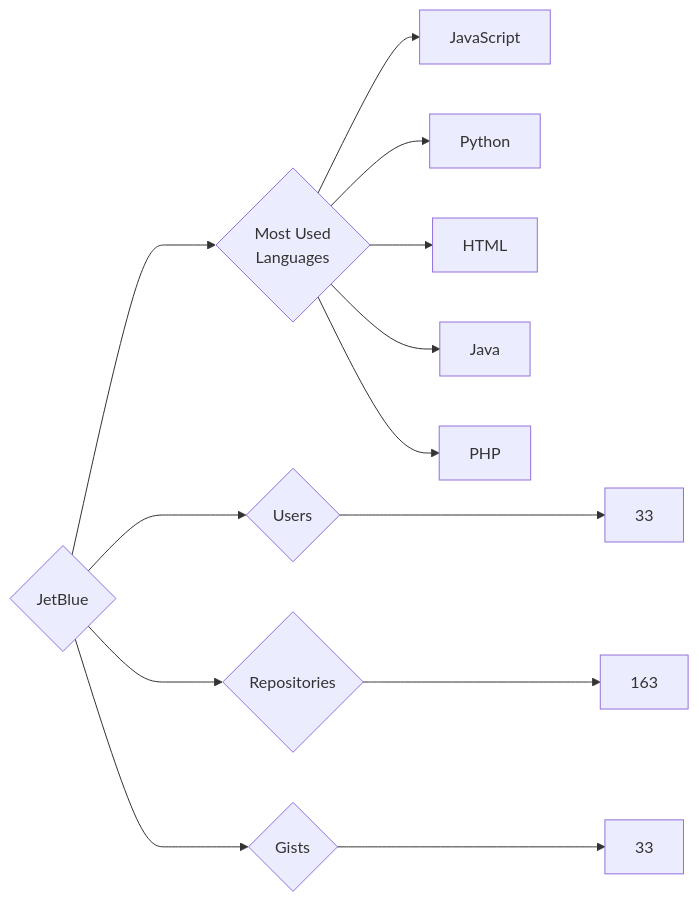
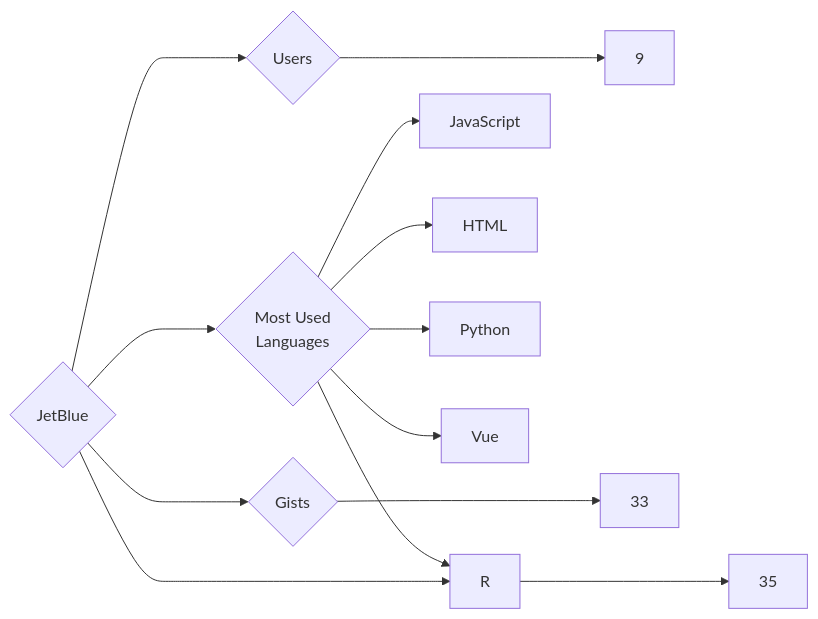
One commit to trickest/insiders changed the diagram in targets/JetBlue/README.md. Above: the diagram before and after it, drawn with Mermaid. The commit also changed 745 other files, not shown here.

````diff
--- a/targets/JetBlue/README.md
+++ b/targets/JetBlue/README.md
@@ -3,13 +3,13 @@
 ```mermaid
 graph LR
 COMPANY_NAME{JetBlue}
-COMPANY_NAME ---> U{Users} ---> UN[33]
-COMPANY_NAME ---> R{Repositories} ---> RN[163]
+COMPANY_NAME ---> U{Users} ---> UN[9]
+COMPANY_NAME ---> R{Repositories} ---> RN[35]
 COMPANY_NAME ---> G{Gists} ---> GN[33]
 COMPANY_NAME ---> ML{Most Used<br>Languages}
 ML --> JavaScript[JavaScript]
+ML --> HTML[HTML]
 ML --> Python[Python]
-ML --> HTML[HTML]
-ML --> Java[Java]
-ML --> PHP[PHP]
+ML --> Vue[Vue]
+ML --> R[R]
 ```
````
